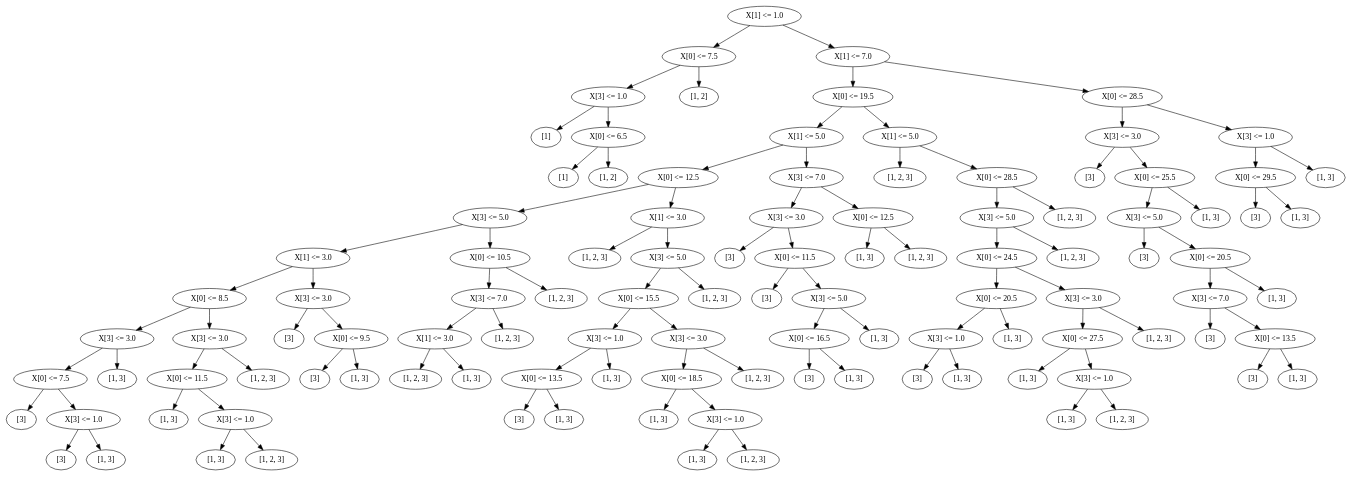
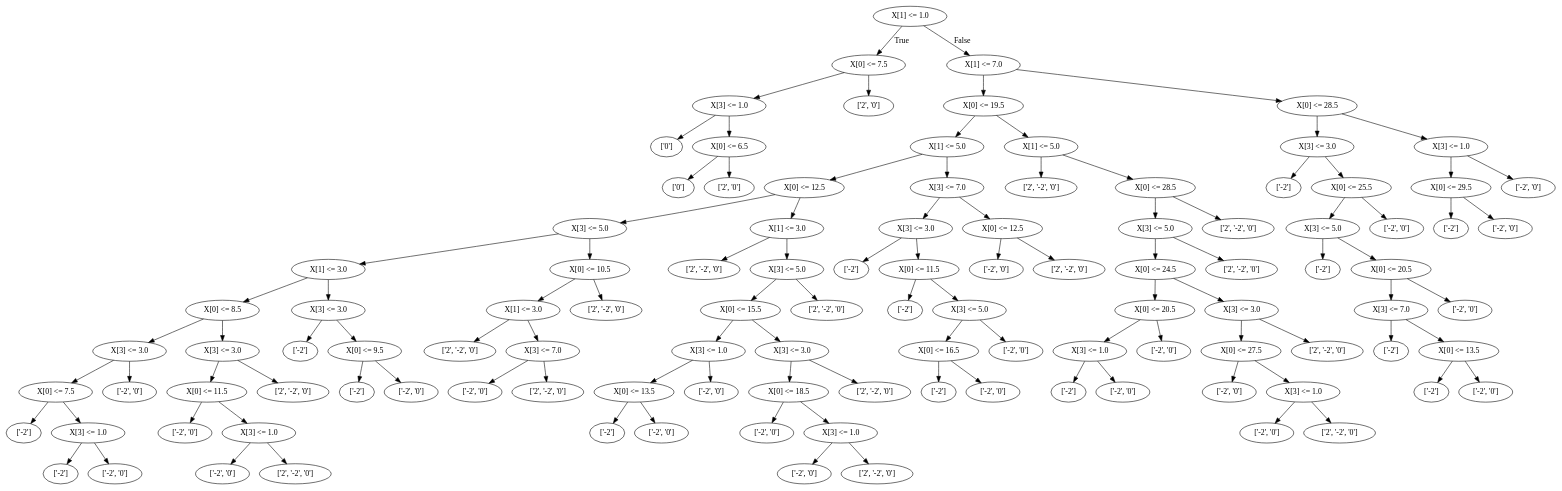
Before and after one commit to hobborg/dtControl: the diagram in decision_trees/CART/cruise-small-latest/CART.dot, drawn with Graphviz. The commit also changed 27 other files, not shown here.

```diff
--- a/decision_trees/CART/cruise-small-latest/CART.dot
+++ b/decision_trees/CART/cruise-small-latest/CART.dot
@@ -2,18 +2,18 @@
 0 [label="X[1] <= 1.0"];
 1 [label="X[0] <= 7.5"];
 2 [label="X[3] <= 1.0"];
-3 [label="[1]"];
-2 -> 3;
+3 [label="['0']"];
+2 -> 3 [label=""];
 4 [label="X[0] <= 6.5"];
-5 [label="[1]"];
-4 -> 5;
-6 [label="[1, 2]"];
-4 -> 6;
-2 -> 4;
-1 -> 2;
-7 [label="[1, 2]"];
-1 -> 7;
-0 -> 1;
+5 [label="['0']"];
+4 -> 5 [label=""];
+6 [label="['2', '0']"];
+4 -> 6 [label=""];
+2 -> 4 [label=""];
+1 -> 2 [label=""];
+7 [label="['2', '0']"];
+1 -> 7 [label=""];
+0 -> 1 [label="True"];
 8 [label="X[1] <= 7.0"];
 9 [label="X[0] <= 19.5"];
 10 [label="X[1] <= 5.0"];
@@ -23,198 +23,198 @@
 14 [label="X[0] <= 8.5"];
 15 [label="X[3] <= 3.0"];
 16 [label="X[0] <= 7.5"];
-17 [label="[3]"];
-16 -> 17;
+17 [label="['-2']"];
+16 -> 17 [label=""];
 18 [label="X[3] <= 1.0"];
-19 [label="[3]"];
-18 -> 19;
-20 [label="[1, 3]"];
-18 -> 20;
-16 -> 18;
-15 -> 16;
-21 [label="[1, 3]"];
-15 -> 21;
-14 -> 15;
+19 [label="['-2']"];
+18 -> 19 [label=""];
+20 [label="['-2', '0']"];
+18 -> 20 [label=""];
+16 -> 18 [label=""];
+15 -> 16 [label=""];
+21 [label="['-2', '0']"];
+15 -> 21 [label=""];
+14 -> 15 [label=""];
 22 [label="X[3] <= 3.0"];
 23 [label="X[0] <= 11.5"];
-24 [label="[1, 3]"];
-23 -> 24;
+24 [label="['-2', '0']"];
+23 -> 24 [label=""];
 25 [label="X[3] <= 1.0"];
-26 [label="[1, 3]"];
-25 -> 26;
-27 [label="[1, 2, 3]"];
-25 -> 27;
-23 -> 25;
-22 -> 23;
-28 [label="[1, 2, 3]"];
-22 -> 28;
-14 -> 22;
-13 -> 14;
+26 [label="['-2', '0']"];
+25 -> 26 [label=""];
+27 [label="['2', '-2', '0']"];
+25 -> 27 [label=""];
+23 -> 25 [label=""];
+22 -> 23 [label=""];
+28 [label="['2', '-2', '0']"];
+22 -> 28 [label=""];
+14 -> 22 [label=""];
+13 -> 14 [label=""];
 29 [label="X[3] <= 3.0"];
-30 [label="[3]"];
-29 -> 30;
+30 [label="['-2']"];
+29 -> 30 [label=""];
 31 [label="X[0] <= 9.5"];
-32 [label="[3]"];
-31 -> 32;
-33 [label="[1, 3]"];
-31 -> 33;
-29 -> 31;
-13 -> 29;
-12 -> 13;
+32 [label="['-2']"];
+31 -> 32 [label=""];
+33 [label="['-2', '0']"];
+31 -> 33 [label=""];
+29 -> 31 [label=""];
+13 -> 29 [label=""];
+12 -> 13 [label=""];
 34 [label="X[0] <= 10.5"];
-35 [label="X[3] <= 7.0"];
-36 [label="X[1] <= 3.0"];
-37 [label="[1, 2, 3]"];
-36 -> 37;
-38 [label="[1, 3]"];
-36 -> 38;
-35 -> 36;
-39 [label="[1, 2, 3]"];
-35 -> 39;
-34 -> 35;
-40 [label="[1, 2, 3]"];
-34 -> 40;
-12 -> 34;
-11 -> 12;
+35 [label="X[1] <= 3.0"];
+36 [label="['2', '-2', '0']"];
+35 -> 36 [label=""];
+37 [label="X[3] <= 7.0"];
+38 [label="['-2', '0']"];
+37 -> 38 [label=""];
+39 [label="['2', '-2', '0']"];
+37 -> 39 [label=""];
+35 -> 37 [label=""];
+34 -> 35 [label=""];
+40 [label="['2', '-2', '0']"];
+34 -> 40 [label=""];
+12 -> 34 [label=""];
+11 -> 12 [label=""];
 41 [label="X[1] <= 3.0"];
-42 [label="[1, 2, 3]"];
-41 -> 42;
+42 [label="['2', '-2', '0']"];
+41 -> 42 [label=""];
 43 [label="X[3] <= 5.0"];
 44 [label="X[0] <= 15.5"];
 45 [label="X[3] <= 1.0"];
 46 [label="X[0] <= 13.5"];
-47 [label="[3]"];
-46 -> 47;
-48 [label="[1, 3]"];
-46 -> 48;
-45 -> 46;
-49 [label="[1, 3]"];
-45 -> 49;
-44 -> 45;
+47 [label="['-2']"];
+46 -> 47 [label=""];
+48 [label="['-2', '0']"];
+46 -> 48 [label=""];
+45 -> 46 [label=""];
+49 [label="['-2', '0']"];
+45 -> 49 [label=""];
+44 -> 45 [label=""];
 50 [label="X[3] <= 3.0"];
 51 [label="X[0] <= 18.5"];
-52 [label="[1, 3]"];
-51 -> 52;
+52 [label="['-2', '0']"];
+51 -> 52 [label=""];
 53 [label="X[3] <= 1.0"];
-54 [label="[1, 3]"];
-53 -> 54;
-55 [label="[1, 2, 3]"];
-53 -> 55;
-51 -> 53;
-50 -> 51;
-56 [label="[1, 2, 3]"];
-50 -> 56;
-44 -> 50;
-43 -> 44;
-57 [label="[1, 2, 3]"];
-43 -> 57;
-41 -> 43;
-11 -> 41;
-10 -> 11;
+54 [label="['-2', '0']"];
+53 -> 54 [label=""];
+55 [label="['2', '-2', '0']"];
+53 -> 55 [label=""];
+51 -> 53 [label=""];
+50 -> 51 [label=""];
+56 [label="['2', '-2', '0']"];
+50 -> 56 [label=""];
+44 -> 50 [label=""];
+43 -> 44 [label=""];
+57 [label="['2', '-2', '0']"];
+43 -> 57 [label=""];
+41 -> 43 [label=""];
+11 -> 41 [label=""];
+10 -> 11 [label=""];
 58 [label="X[3] <= 7.0"];
 59 [label="X[3] <= 3.0"];
-60 [label="[3]"];
-59 -> 60;
+60 [label="['-2']"];
+59 -> 60 [label=""];
 61 [label="X[0] <= 11.5"];
-62 [label="[3]"];
-61 -> 62;
+62 [label="['-2']"];
+61 -> 62 [label=""];
 63 [label="X[3] <= 5.0"];
 64 [label="X[0] <= 16.5"];
-65 [label="[3]"];
-64 -> 65;
-66 [label="[1, 3]"];
-64 -> 66;
-63 -> 64;
-67 [label="[1, 3]"];
-63 -> 67;
-61 -> 63;
-59 -> 61;
-58 -> 59;
+65 [label="['-2']"];
+64 -> 65 [label=""];
+66 [label="['-2', '0']"];
+64 -> 66 [label=""];
+63 -> 64 [label=""];
+67 [label="['-2', '0']"];
+63 -> 67 [label=""];
+61 -> 63 [label=""];
+59 -> 61 [label=""];
+58 -> 59 [label=""];
 68 [label="X[0] <= 12.5"];
-69 [label="[1, 3]"];
-68 -> 69;
-70 [label="[1, 2, 3]"];
-68 -> 70;
-58 -> 68;
-10 -> 58;
-9 -> 10;
+69 [label="['-2', '0']"];
+68 -> 69 [label=""];
+70 [label="['2', '-2', '0']"];
+68 -> 70 [label=""];
+58 -> 68 [label=""];
+10 -> 58 [label=""];
+9 -> 10 [label=""];
 71 [label="X[1] <= 5.0"];
-72 [label="[1, 2, 3]"];
-71 -> 72;
+72 [label="['2', '-2', '0']"];
+71 -> 72 [label=""];
 73 [label="X[0] <= 28.5"];
 74 [label="X[3] <= 5.0"];
 75 [label="X[0] <= 24.5"];
 76 [label="X[0] <= 20.5"];
 77 [label="X[3] <= 1.0"];
-78 [label="[3]"];
-77 -> 78;
-79 [label="[1, 3]"];
-77 -> 79;
-76 -> 77;
-80 [label="[1, 3]"];
-76 -> 80;
-75 -> 76;
+78 [label="['-2']"];
+77 -> 78 [label=""];
+79 [label="['-2', '0']"];
+77 -> 79 [label=""];
+76 -> 77 [label=""];
+80 [label="['-2', '0']"];
+76 -> 80 [label=""];
+75 -> 76 [label=""];
 81 [label="X[3] <= 3.0"];
 82 [label="X[0] <= 27.5"];
-83 [label="[1, 3]"];
-82 -> 83;
+83 [label="['-2', '0']"];
+82 -> 83 [label=""];
 84 [label="X[3] <= 1.0"];
-85 [label="[1, 3]"];
-84 -> 85;
-86 [label="[1, 2, 3]"];
-84 -> 86;
-82 -> 84;
-81 -> 82;
-87 [label="[1, 2, 3]"];
-81 -> 87;
-75 -> 81;
-74 -> 75;
-88 [label="[1, 2, 3]"];
-74 -> 88;
-73 -> 74;
-89 [label="[1, 2, 3]"];
-73 -> 89;
-71 -> 73;
-9 -> 71;
-8 -> 9;
+85 [label="['-2', '0']"];
+84 -> 85 [label=""];
+86 [label="['2', '-2', '0']"];
+84 -> 86 [label=""];
+82 -> 84 [label=""];
+81 -> 82 [label=""];
+87 [label="['2', '-2', '0']"];
+81 -> 87 [label=""];
+75 -> 81 [label=""];
+74 -> 75 [label=""];
+88 [label="['2', '-2', '0']"];
+74 -> 88 [label=""];
+73 -> 74 [label=""];
+89 [label="['2', '-2', '0']"];
+73 -> 89 [label=""];
+71 -> 73 [label=""];
+9 -> 71 [label=""];
+8 -> 9 [label=""];
 90 [label="X[0] <= 28.5"];
 91 [label="X[3] <= 3.0"];
-92 [label="[3]"];
-91 -> 92;
+92 [label="['-2']"];
+91 -> 92 [label=""];
 93 [label="X[0] <= 25.5"];
 94 [label="X[3] <= 5.0"];
-95 [label="[3]"];
-94 -> 95;
+95 [label="['-2']"];
+94 -> 95 [label=""];
 96 [label="X[0] <= 20.5"];
 97 [label="X[3] <= 7.0"];
-98 [label="[3]"];
-97 -> 98;
+98 [label="['-2']"];
+97 -> 98 [label=""];
 99 [label="X[0] <= 13.5"];
-100 [label="[3]"];
-99 -> 100;
-101 [label="[1, 3]"];
-99 -> 101;
-97 -> 99;
-96 -> 97;
-102 [label="[1, 3]"];
-96 -> 102;
-94 -> 96;
-93 -> 94;
-103 [label="[1, 3]"];
-93 -> 103;
-91 -> 93;
-90 -> 91;
+100 [label="['-2']"];
+99 -> 100 [label=""];
+101 [label="['-2', '0']"];
+99 -> 101 [label=""];
+97 -> 99 [label=""];
+96 -> 97 [label=""];
+102 [label="['-2', '0']"];
+96 -> 102 [label=""];
+94 -> 96 [label=""];
+93 -> 94 [label=""];
+103 [label="['-2', '0']"];
+93 -> 103 [label=""];
+91 -> 93 [label=""];
+90 -> 91 [label=""];
 104 [label="X[3] <= 1.0"];
 105 [label="X[0] <= 29.5"];
-106 [label="[3]"];
-105 -> 106;
-107 [label="[1, 3]"];
-105 -> 107;
-104 -> 105;
-108 [label="[1, 3]"];
-104 -> 108;
-90 -> 104;
-8 -> 90;
-0 -> 8;
+106 [label="['-2']"];
+105 -> 106 [label=""];
+107 [label="['-2', '0']"];
+105 -> 107 [label=""];
+104 -> 105 [label=""];
+108 [label="['-2', '0']"];
+104 -> 108 [label=""];
+90 -> 104 [label=""];
+8 -> 90 [label=""];
+0 -> 8 [label="False"];
 
 }
```
